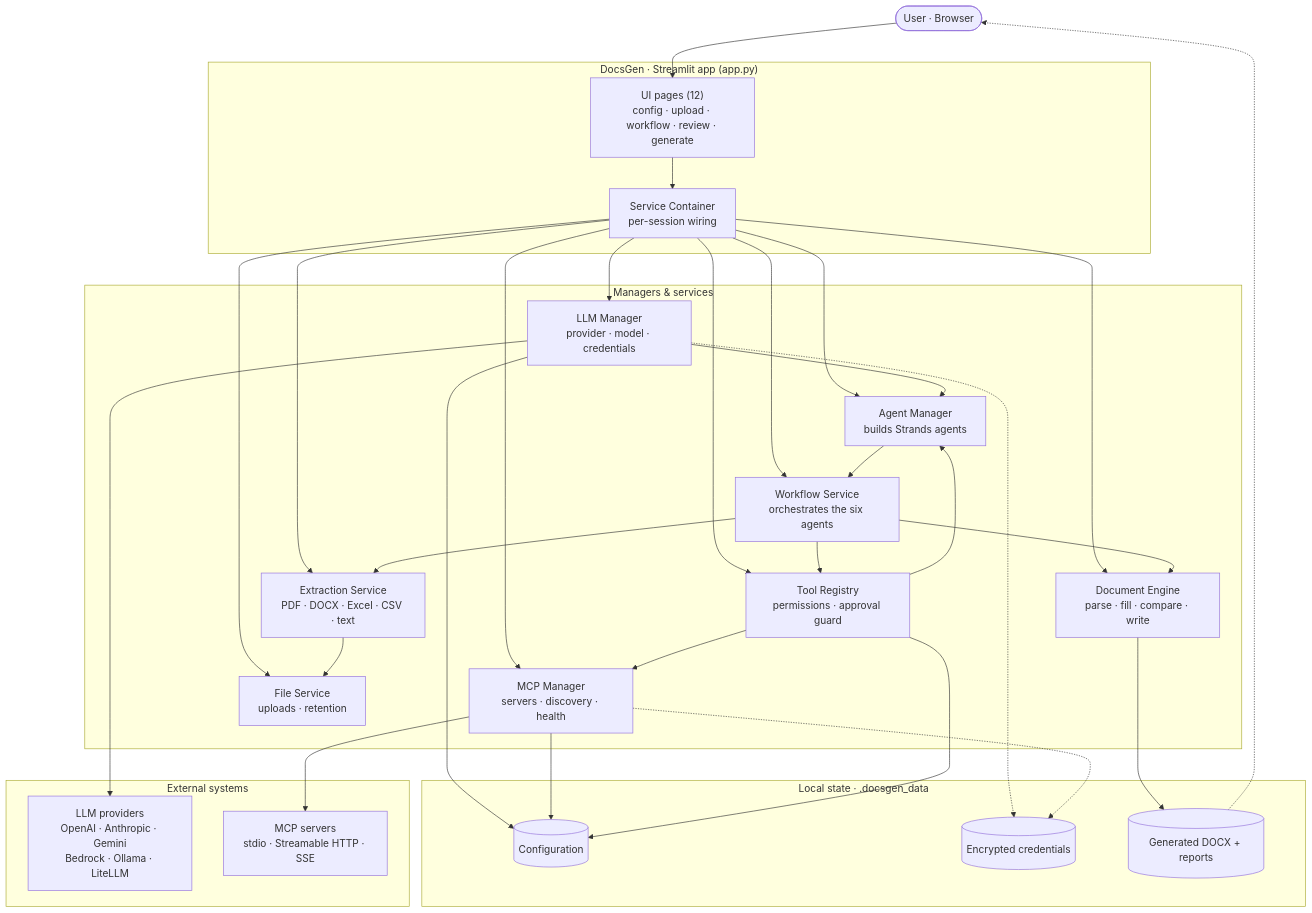
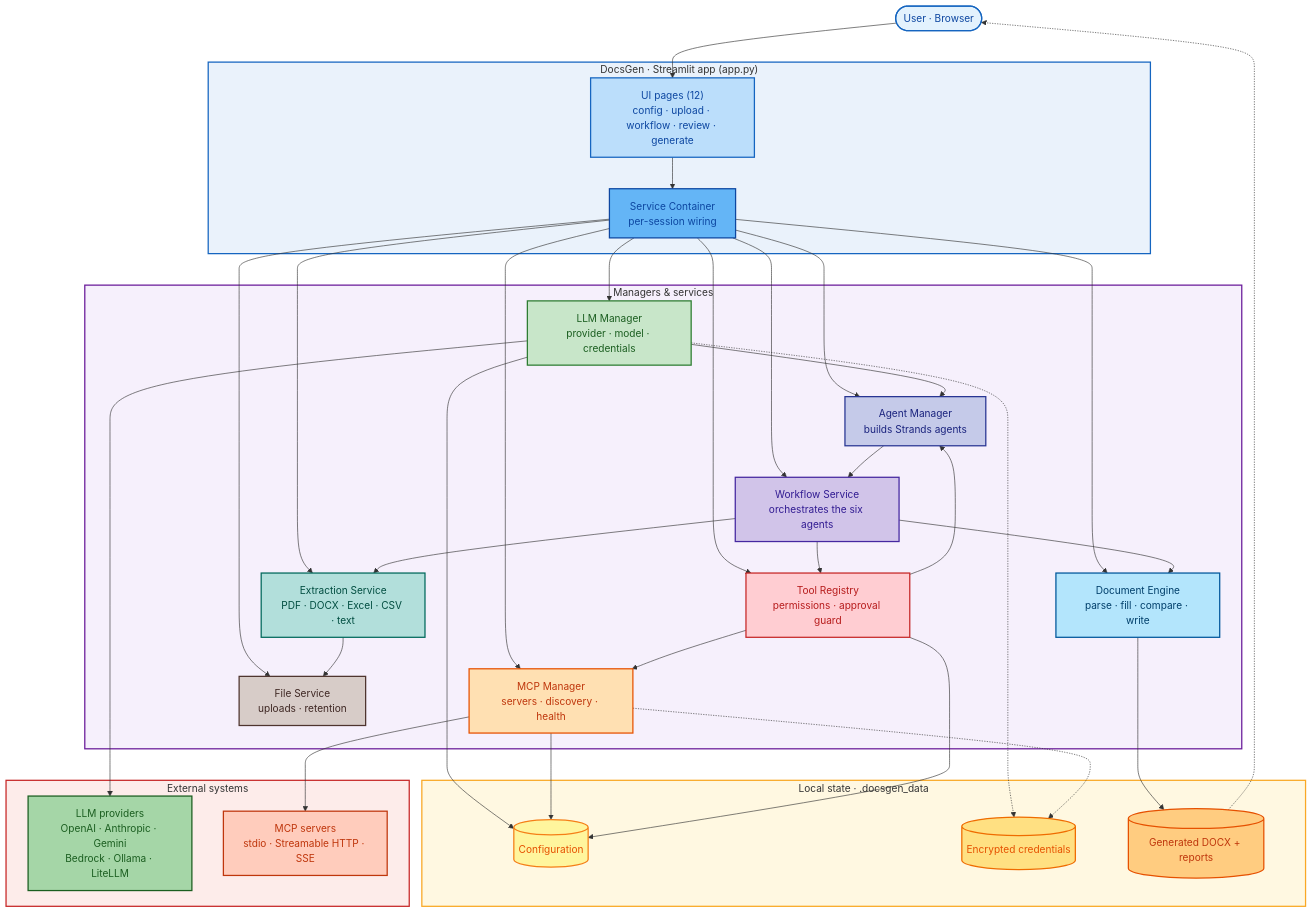
One commit to gvatsal60/docsgen-ai changed the diagram in README.md. Above: the diagram before and after it, drawn with Mermaid.

Commit message:
Color-code the architecture diagram

````diff
--- a/README.md
+++ b/README.md
@@ -123,4 +123,44 @@
     MCP -.-> CRED
     DOC --> OUT
     OUT -.-> User
+
+    %% ---- palette ----
+    classDef user fill:#E3F2FD,stroke:#1565C0,stroke-width:2px,color:#0D47A1
+    classDef ui fill:#BBDEFB,stroke:#1565C0,stroke-width:2px,color:#0D47A1
+    classDef ctrl fill:#64B5F6,stroke:#0D47A1,stroke-width:2px,color:#0D47A1
+    classDef llm fill:#C8E6C9,stroke:#2E7D32,stroke-width:2px,color:#1B5E20
+    classDef mcp fill:#FFE0B2,stroke:#E65100,stroke-width:2px,color:#BF360C
+    classDef reg fill:#FFCDD2,stroke:#C62828,stroke-width:2px,color:#B71C1C
+    classDef agm fill:#C5CAE9,stroke:#283593,stroke-width:2px,color:#1A237E
+    classDef wf fill:#D1C4E9,stroke:#4527A0,stroke-width:2px,color:#311B92
+    classDef ext fill:#B2DFDB,stroke:#00695C,stroke-width:2px,color:#004D40
+    classDef doc fill:#B3E5FC,stroke:#01579B,stroke-width:2px,color:#013F6B
+    classDef files fill:#D7CCC8,stroke:#4E342E,stroke-width:2px,color:#3E2723
+    classDef cfg fill:#FFF59D,stroke:#F57F17,stroke-width:2px,color:#E65100
+    classDef cred fill:#FFE082,stroke:#EF6C00,stroke-width:2px,color:#E65100
+    classDef out fill:#FFCC80,stroke:#E65100,stroke-width:2px,color:#BF360C
+    classDef prov fill:#A5D6A7,stroke:#1B5E20,stroke-width:2px,color:#1B5E20
+    classDef mcpb fill:#FFCCBC,stroke:#BF360C,stroke-width:2px,color:#BF360C
+
+    class User user
+    class UI ui
+    class CTRL ctrl
+    class LLM llm
+    class MCP mcp
+    class REG reg
+    class AGM agm
+    class WF wf
+    class EXT ext
+    class DOC doc
+    class FILES files
+    class CFG cfg
+    class CRED cred
+    class OUT out
+    class PROV prov
+    class MCPB mcpb
+
+    style APP fill:#EAF2FB,stroke:#1565C0,stroke-width:2px
+    style MGR fill:#F6F0FC,stroke:#6A1B9A,stroke-width:2px
+    style DATA fill:#FFF8E1,stroke:#F9A825,stroke-width:2px
+    style EXT_SYS fill:#FDECEA,stroke:#C62828,stroke-width:2px
 ```
````
